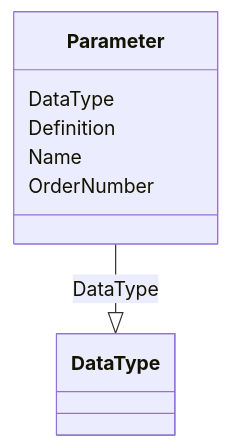
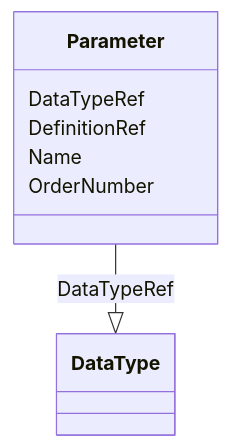
One commit to cdisc-org/DataExchange-ODM-LinkML changed the diagram in docs/Parameter.md. Above: the diagram before and after it, drawn with Mermaid. The commit also changed other lines of this file and 398 other files, not shown here.

Commit message:
refreshing for latest updates to schema

````diff
--- a/docs/Parameter.md
+++ b/docs/Parameter.md
@@ -9,15 +9,15 @@
 ```mermaid
  classDiagram
     class Parameter
-      Parameter : DataType
+      Parameter : DataTypeRef
         
-          Parameter --|> DataType : DataType
+          Parameter --|> DataType : DataTypeRef
         
-      Parameter : Definition
+      Parameter : DefinitionRef
         
       Parameter : Name
         
       Parameter : OrderNumber
         
       
 ```
````
